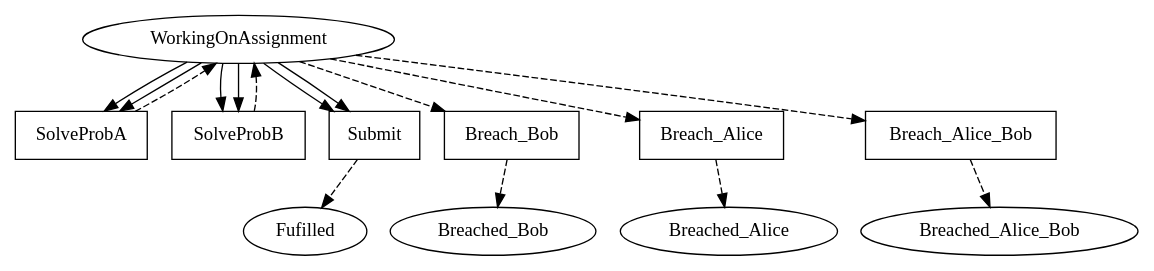
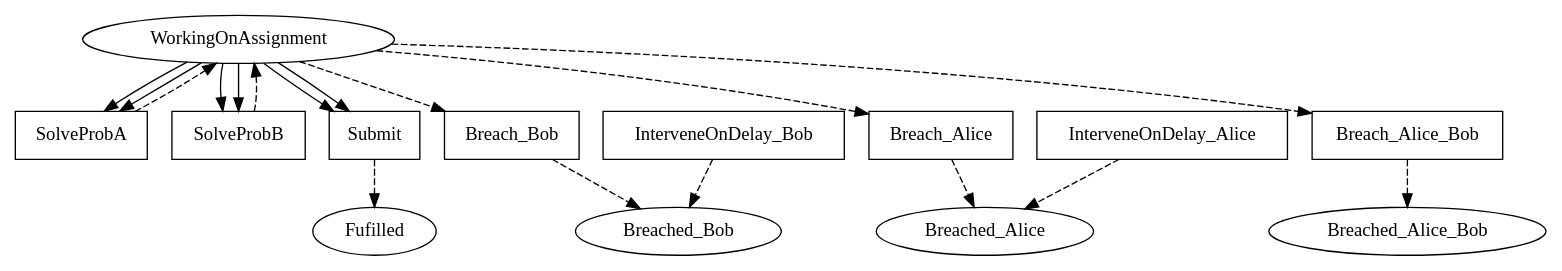
The diagram in linear_state_machine_language/pyL4/examples/out_graphviz/toy_and_teaching/partner_assignment_permissions_only.dot (Marcao02/complaw-deeptech), drawn with Graphviz before and after one commit. The commit also changed 71 other files, not shown here.

Commit message:
eliminate `discretionary` and `should` keywords and introduce `Arbiter` Role and `interveneOnDelay` actions

```diff
--- a/linear_state_machine_language/pyL4/examples/out_graphviz/toy_and_teaching/partner_assignment_permissions_only.dot
+++ b/linear_state_machine_language/pyL4/examples/out_graphviz/toy_and_teaching/partner_assignment_permissions_only.dot
@@ -1,39 +1,43 @@
 // THIS IS A GENERATED FILE. DO NOT EDIT.
 
 digraph partner_assignment_demonstrating_relievable_obligations_via_permissions {    
     Fulfilled[label=Fufilled];
     WorkingOnAssignment[label=WorkingOnAssignment];
 	Breached_Bob[label=Breached_Bob];
 	Breached_Alice[label=Breached_Alice];
 	Breached_Alice_Bob[label=Breached_Alice_Bob]
     
      
     SolveProbA[label=SolveProbA,shape=box];
 	SolveProbB[label=SolveProbB,shape=box];
 	Submit[label=Submit,shape=box];
 	Breach_Bob[label=Breach_Bob,shape=box];
 	Breach_Alice[label=Breach_Alice,shape=box];
-	Breach_Alice_Bob[label=Breach_Alice_Bob,shape=box]    
+	Breach_Alice_Bob[label=Breach_Alice_Bob,shape=box];
+	InterveneOnDelay_Alice[label=InterveneOnDelay_Alice,shape=box];
+	InterveneOnDelay_Bob[label=InterveneOnDelay_Bob,shape=box]    
     
     
     
     WorkingOnAssignment -> SolveProbA;
 	WorkingOnAssignment -> SolveProbB;
 	WorkingOnAssignment -> SolveProbB;
 	WorkingOnAssignment -> SolveProbA;
 	WorkingOnAssignment -> Submit;
 	WorkingOnAssignment -> Submit;
 	WorkingOnAssignment -> Breach_Alice_Bob [style=dashed];
 	WorkingOnAssignment -> Breach_Alice [style=dashed];
 	WorkingOnAssignment -> Breach_Bob [style=dashed]
     
     SolveProbA -> WorkingOnAssignment [style=dashed];
 	SolveProbB -> WorkingOnAssignment [style=dashed];
 	Submit -> Fulfilled [style=dashed];
 	Breach_Bob -> Breached_Bob [style=dashed];
 	Breach_Alice -> Breached_Alice [style=dashed];
 	Breach_Alice_Bob -> Breached_Alice_Bob [style=dashed];
+	InterveneOnDelay_Alice -> Breached_Alice [style=dashed];
+	InterveneOnDelay_Bob -> Breached_Bob [style=dashed];
 	     
     
        
 }
```
